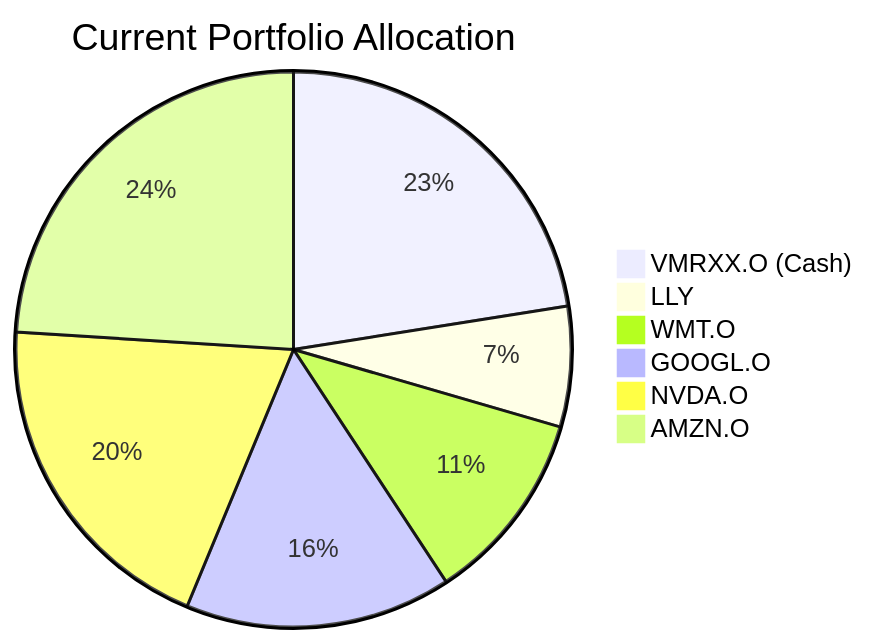
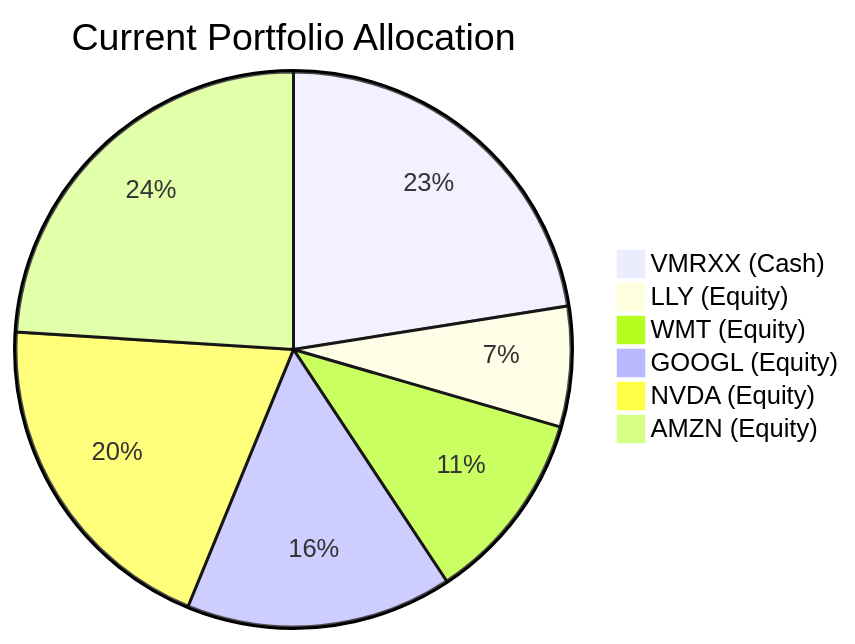
Before and after one commit to roger249/Bot-collaboration: the first of 2 diagrams in docs/sample outputs/client_product_fit_analysis_2.md, drawn with Mermaid. The commit also changed other lines of this file and 16 other files, not shown here.

````diff
--- a/docs/sample outputs/client_product_fit_analysis_2.md
+++ b/docs/sample outputs/client_product_fit_analysis_2.md
@@ -47,9 +52,9 @@
 ```mermaid
 pie title Current Portfolio Allocation
-    "VMRXX.O (Cash)" : 22.5
-    "LLY" : 7.0
-    "WMT.O" : 11.25
-    "GOOGL.O" : 15.5
-    "NVDA.O" : 19.75
-    "AMZN.O" : 24.0
+    "VMRXX (Cash)" : 22.5
+    "LLY (Equity)" : 7.0
+    "WMT (Equity)" : 11.2
+    "GOOGL (Equity)" : 15.5
+    "NVDA (Equity)" : 19.8
+    "AMZN (Equity)" : 24.0
 ```
````
